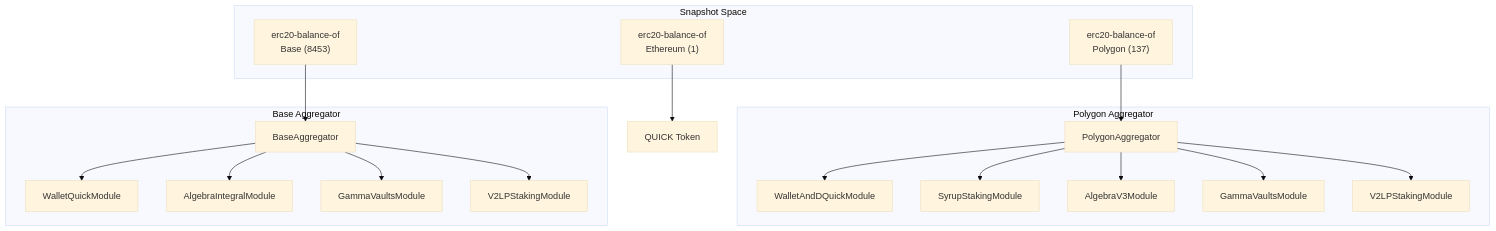
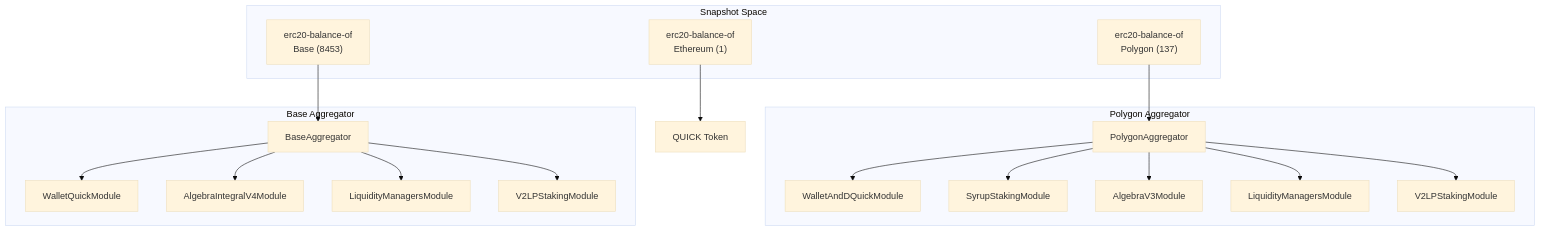
One commit to QuickSwap/quickswap-voting changed the diagram in assets/architecture.mmd. Above: the diagram before and after it, drawn with Mermaid (base theme). The commit also changed 26 other files, not shown here.

Commit message:
Update README and architecture diagrams; add new modules and remove legacy components

```diff
--- a/assets/architecture.mmd
+++ b/assets/architecture.mmd
@@ -1,38 +1,38 @@
 flowchart TB
     subgraph Snapshot["Snapshot Space"]
         S1["erc20-balance-of<br/>Polygon (137)"]
         S2["erc20-balance-of<br/>Base (8453)"]
         S3["erc20-balance-of<br/>Ethereum (1)"]
     end
 
     subgraph Polygon["Polygon Aggregator"]
         PA[PolygonAggregator]
         M1[WalletAndDQuickModule]
         M2[SyrupStakingModule]
         M3[AlgebraV3Module]
-        M4[GammaVaultsModule]
+        M4[LiquidityManagersModule]
         M5[V2LPStakingModule]
     end
 
     subgraph Base["Base Aggregator"]
         BA[BaseAggregator]
         M6[WalletQuickModule]
-        M7[AlgebraIntegralModule]
-        M8[GammaVaultsModule]
+        M7[AlgebraIntegralV4Module]
+        M8[LiquidityManagersModule]
         M9[V2LPStakingModule]
     end
 
     S1 --> PA
     S2 --> BA
     S3 --> QUICK_ETH[QUICK Token]
 
     PA --> M1
     PA --> M2
     PA --> M3
     PA --> M4
     PA --> M5
 
     BA --> M6
     BA --> M7
     BA --> M8
     BA --> M9
```
